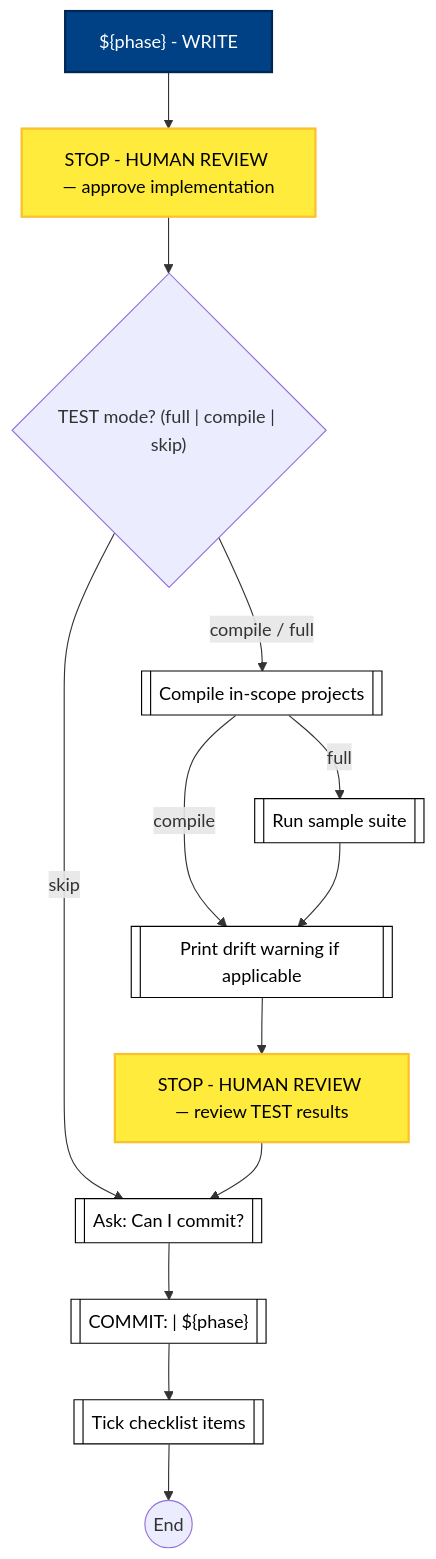
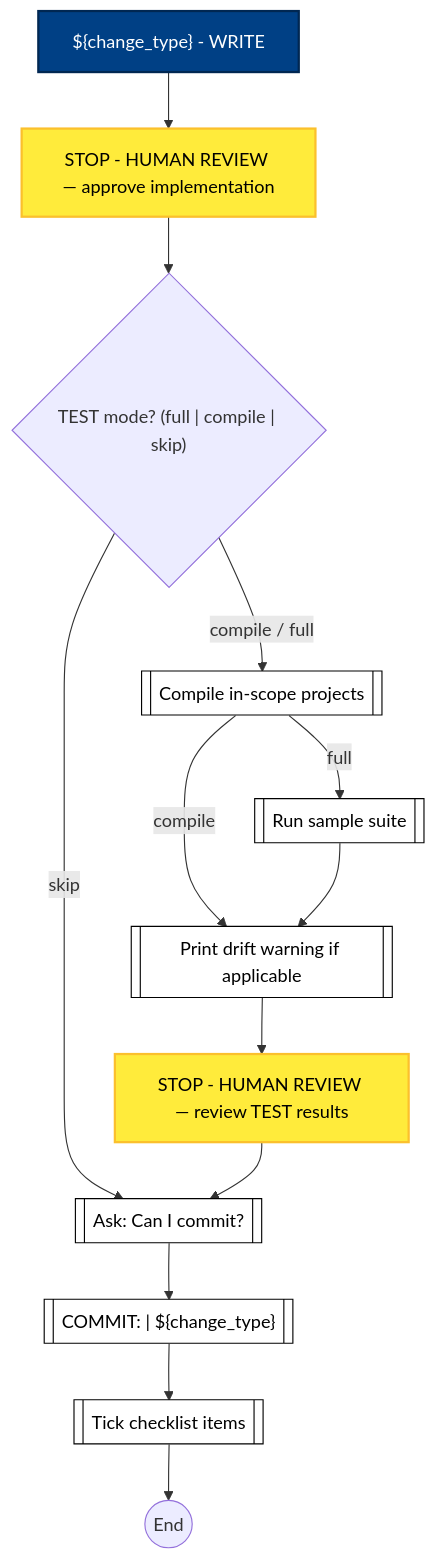
Before and after one commit to optivem/gh-optivem: the ninth of 12 diagrams in docs/process-diagram.md, drawn with Mermaid. The commit also changed 7 other files, not shown here.

First line of the commit message:
atdd: rename structural_cycle's ${phase} substitution var to ${change_type}

````diff
--- a/docs/process-diagram.md
+++ b/docs/process-diagram.md
@@ -223,36 +223,36 @@
 ```mermaid
 flowchart TD
     ASK_COMMIT[[Ask: Can I commit?]]
-    COMMIT_STRUCT[["COMMIT: <Ticket> | ${phase}"]]
+    COMMIT_STRUCT[["COMMIT: <Ticket> | ${change_type}"]]
     COMPILE[[Compile in-scope projects]]
     DRIFT[[Print drift warning if applicable]]
     GATE_TEST_MODE{"TEST mode? (full | compile | skip)"}
     SAMPLE[[Run sample suite]]
     STOP_STRUCT_REVIEW[STOP - HUMAN REVIEW — approve implementation]
     STOP_STRUCT_TEST[STOP - HUMAN REVIEW — review TEST results]
     STRUCT_END((End))
-    STRUCT_WRITE["${phase} - WRITE"]
+    STRUCT_WRITE["${change_type} - WRITE"]
     TICK[[Tick checklist items]]
 
     STRUCT_WRITE --> STOP_STRUCT_REVIEW
     STOP_STRUCT_REVIEW --> GATE_TEST_MODE
     GATE_TEST_MODE -- skip --> ASK_COMMIT
     GATE_TEST_MODE -- compile / full --> COMPILE
     COMPILE -- full --> SAMPLE
     COMPILE -- compile --> DRIFT
     SAMPLE --> DRIFT
     DRIFT --> STOP_STRUCT_TEST
     STOP_STRUCT_TEST --> ASK_COMMIT
     ASK_COMMIT --> COMMIT_STRUCT
     COMMIT_STRUCT --> TICK
     TICK --> STRUCT_END
 
     classDef serviceNode fill:#ffffff,stroke:#000000,stroke-width:1px,color:#000000
     class ASK_COMMIT,COMMIT_STRUCT,COMPILE,DRIFT,SAMPLE,TICK serviceNode
 
     classDef agentNode fill:#004085,stroke:#002752,stroke-width:2px,color:#ffffff
     class STRUCT_WRITE agentNode
 
     classDef humanNode fill:#ffeb3b,stroke:#fbc02d,stroke-width:2px,color:#000000
     class STOP_STRUCT_REVIEW,STOP_STRUCT_TEST humanNode
 ```
````
